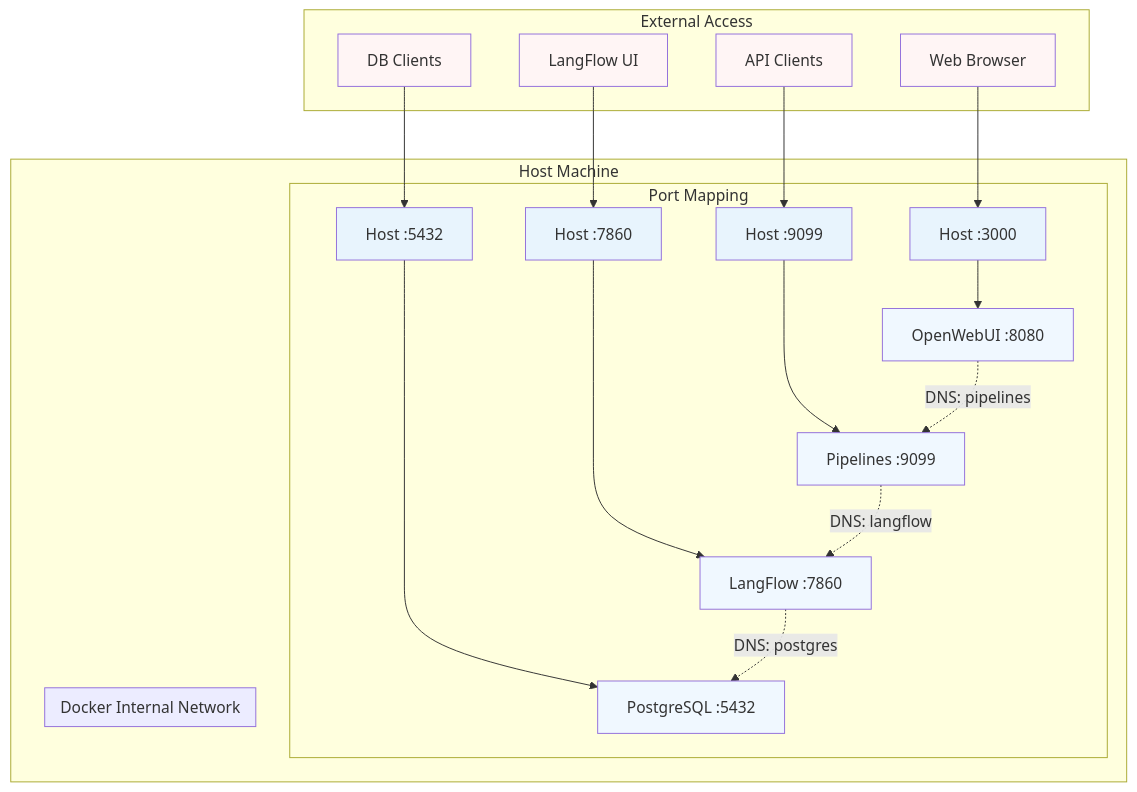
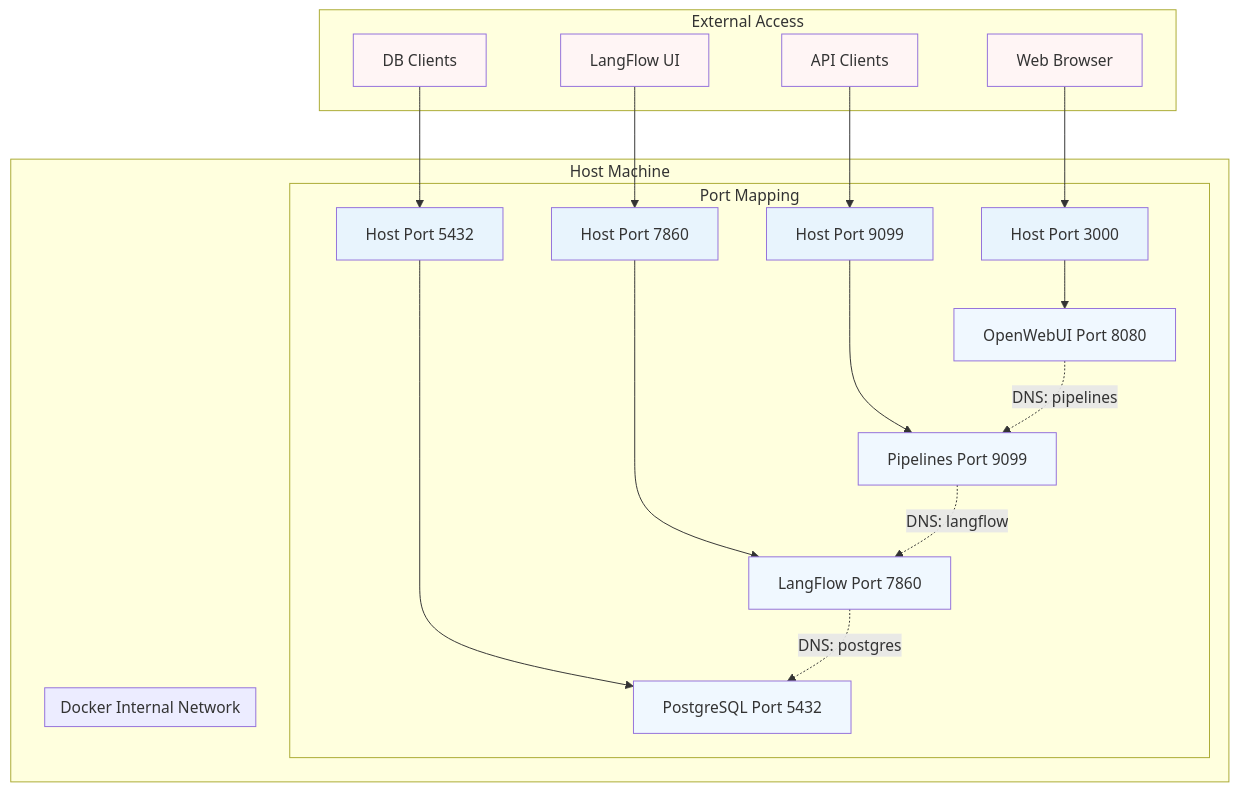
One commit to pawelrosada/openwebui-workflow-hub changed the fourth of 5 diagrams in ARCHITECTURE.md. Above: the diagram before and after it, drawn with Mermaid. The commit also changed other lines of this file and 1 other file, not shown here.

Commit message:
Fix Mermaid diagrams rendering by improving syntax compatibility

````diff
--- a/ARCHITECTURE.md
+++ b/ARCHITECTURE.md
@@ -282,32 +282,32 @@
 ```mermaid
 graph TB
-    subgraph "Host Machine"
-        subgraph "Port Mapping"
-            HostPort3000[Host :3000] --> ContainerPort8080[OpenWebUI :8080]
-            HostPort7860[Host :7860] --> ContainerPort7860[LangFlow :7860]
-            HostPort9099[Host :9099] --> ContainerPort9099[Pipelines :9099]
-            HostPort5432[Host :5432] --> ContainerPort5432[PostgreSQL :5432]
+    subgraph HostMachine ["Host Machine"]
+        subgraph PortMapping ["Port Mapping"]
+            HostPort3000["Host Port 3000"] --> ContainerPort8080["OpenWebUI Port 8080"]
+            HostPort7860["Host Port 7860"] --> ContainerPort7860["LangFlow Port 7860"]
+            HostPort9099["Host Port 9099"] --> ContainerPort9099["Pipelines Port 9099"]
+            HostPort5432["Host Port 5432"] --> ContainerPort5432["PostgreSQL Port 5432"]
         end
         
-        subgraph "Docker Internal Network"
-            ContainerPort8080 -.->|DNS: pipelines| ContainerPort9099
-            ContainerPort9099 -.->|DNS: langflow| ContainerPort7860
-            ContainerPort7860 -.->|DNS: postgres| ContainerPort5432
+        subgraph DockerNet ["Docker Internal Network"]
+            ContainerPort8080 -.->|"DNS: pipelines"| ContainerPort9099
+            ContainerPort9099 -.->|"DNS: langflow"| ContainerPort7860
+            ContainerPort7860 -.->|"DNS: postgres"| ContainerPort5432
         end
     end
     
-    subgraph "External Access"
+    subgraph ExtAccess ["External Access"]
         Browser[Web Browser] --> HostPort3000
         LangflowUI[LangFlow UI] --> HostPort7860
         APIClients[API Clients] --> HostPort9099
         DBClients[DB Clients] --> HostPort5432
     end
     
     classDef host fill:#e8f4fd
     classDef container fill:#f0f8ff
     classDef external fill:#fff5f5
     
     class HostPort3000,HostPort7860,HostPort9099,HostPort5432 host
     class ContainerPort8080,ContainerPort7860,ContainerPort9099,ContainerPort5432 container
     class Browser,LangflowUI,APIClients,DBClients external
 ```
````
